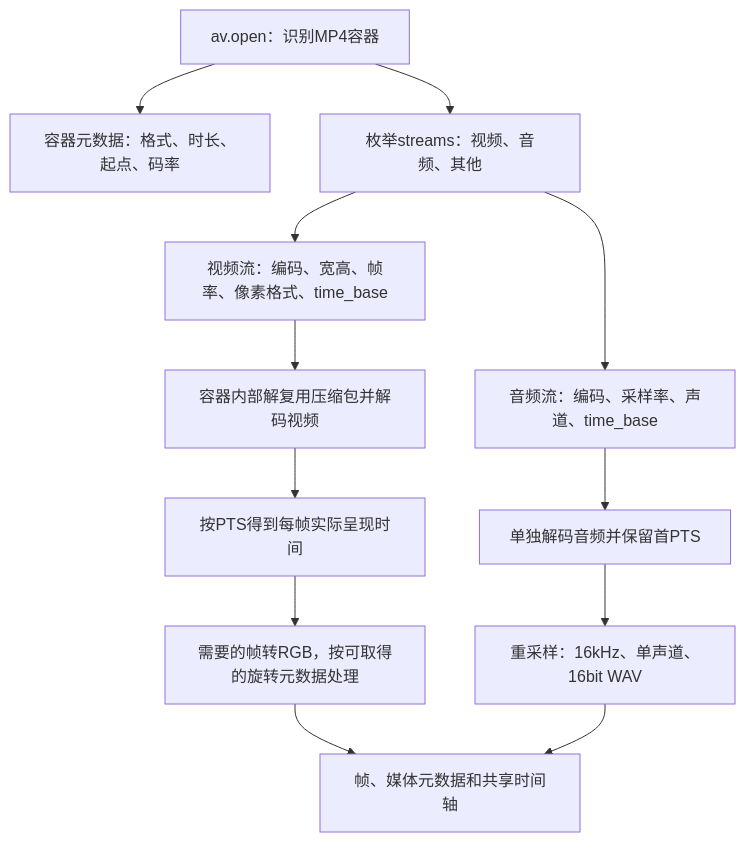
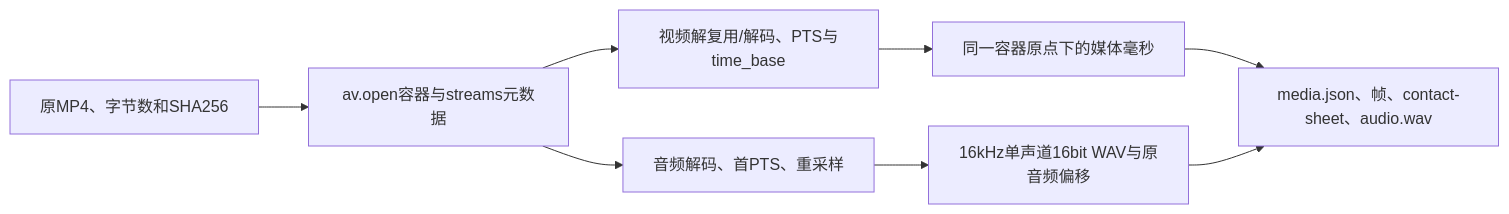
One commit to ZnAtom/MindBox changed the first of 4 diagrams in code/doc/processing-flow.md. Above: the diagram before and after it, drawn with Mermaid. The commit also changed other lines of this file and 8 other files, not shown here.

````diff
--- a/code/doc/processing-flow.md
+++ b/code/doc/processing-flow.md
@@ -24,14 +25,10 @@
 ```mermaid
-flowchart TD
-    A["av.open：识别MP4容器"] --> B["容器元数据：格式、时长、起点、码率"]
-    A --> C["枚举streams：视频、音频、其他"]
-    C --> V["视频流：编码、宽高、帧率、像素格式、time_base"]
-    C --> S["音频流：编码、采样率、声道、time_base"]
-    V --> P["容器内部解复用压缩包并解码视频"]
-    P --> T["按PTS得到每帧实际呈现时间"]
-    T --> R["需要的帧转RGB，按可取得的旋转元数据处理"]
-    S --> D["单独解码音频并保留首PTS"]
-    D --> W["重采样：16kHz、单声道、16bit WAV"]
-    R --> M["帧、媒体元数据和共享时间轴"]
-    W --> M
+flowchart LR
+    F["原MP4、字节数和SHA256"] --> C["av.open容器与streams元数据"]
+    C --> V["视频解复用/解码、PTS与time_base"]
+    C --> A["音频解码、首PTS、重采样"]
+    V --> T["同一容器原点下的媒体毫秒"]
+    A --> W["16kHz单声道16bit WAV与原音频偏移"]
+    T --> O["media.json、帧、contact-sheet、audio.wav"]
+    W --> O
 ```
````
